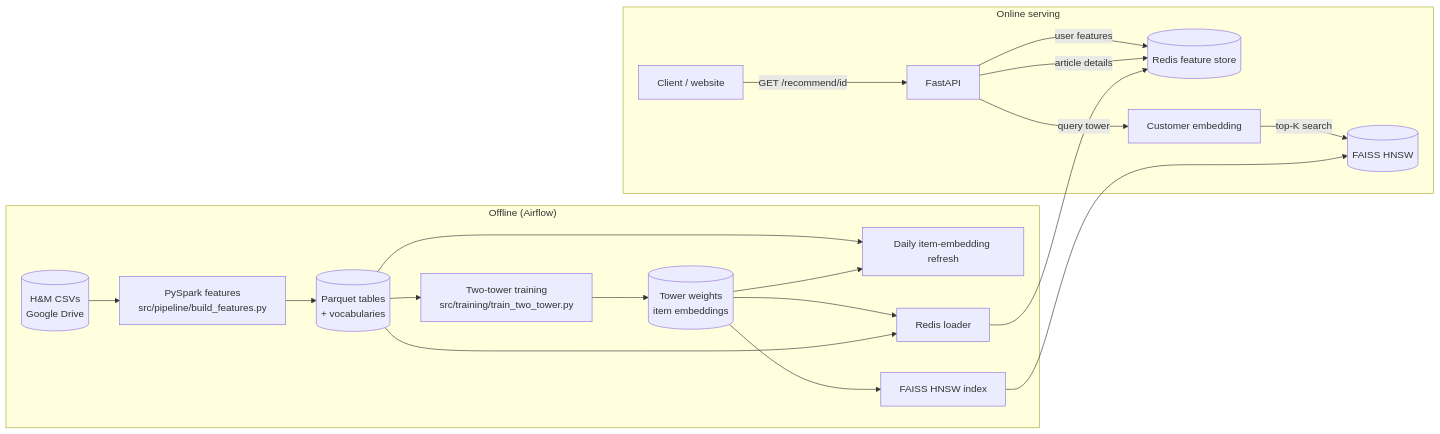
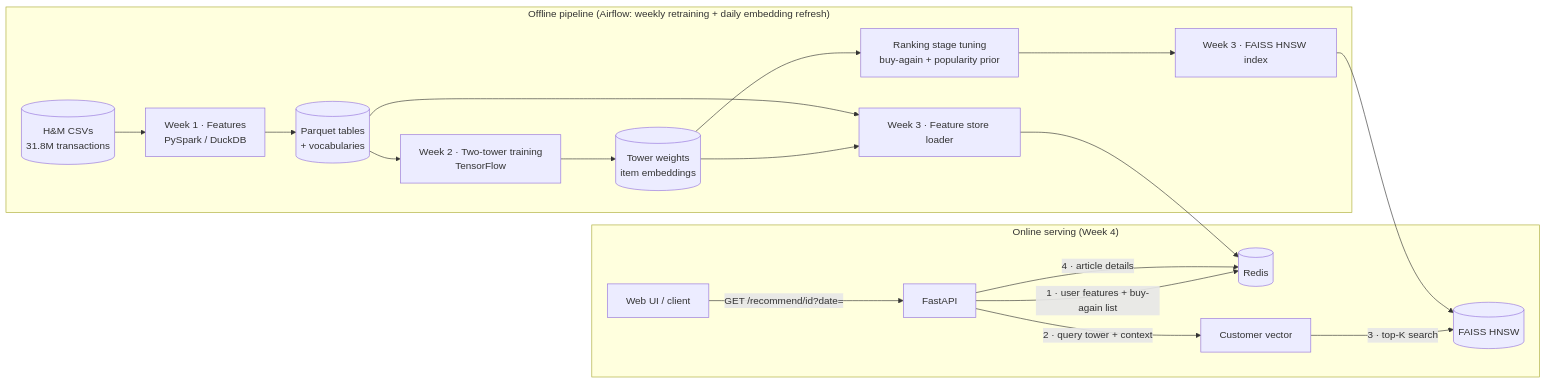
The diagram in README.md (afnakurikkal/hm-recommendation-engine), drawn with Mermaid before and after one commit. The commit also changed other lines of this file and 29 other files, not shown here.

````diff
--- a/README.md
+++ b/README.md
@@ -103,23 +71,22 @@
 ```mermaid
 flowchart LR
-    subgraph Offline["Offline (Airflow)"]
-        CSV[(H&M CSVs<br/>Google Drive)] --> SPARK[PySpark features<br/>src/pipeline/build_features.py]
+    subgraph Offline["Offline pipeline (Airflow: weekly retraining + daily embedding refresh)"]
+        CSV[(H&M CSVs<br/>31.8M transactions)] --> SPARK[Week 1 · Features<br/>PySpark / DuckDB]
         SPARK --> PQ[(Parquet tables<br/>+ vocabularies)]
-        PQ --> TRAIN[Two-tower training<br/>src/training/train_two_tower.py]
+        PQ --> TRAIN[Week 2 · Two-tower training<br/>TensorFlow]
         TRAIN --> MODEL[(Tower weights<br/>item embeddings)]
-        PQ --> REFRESH[Daily item-embedding refresh]
-        MODEL --> REFRESH
-        MODEL --> ANN[FAISS HNSW index]
-        MODEL --> LOAD[Redis loader]
+        MODEL --> RANK[Ranking stage tuning<br/>buy-again + popularity prior]
+        RANK --> ANN[Week 3 · FAISS HNSW index]
+        MODEL --> LOAD[Week 3 · Feature store loader]
         PQ --> LOAD
     end
-    subgraph Online["Online serving"]
-        CLIENT[Client / website] -->|GET /recommend/id| API[FastAPI]
-        API -->|user features| REDIS[(Redis feature store)]
-        API -->|query tower| QT[Customer embedding]
-        QT -->|top-K search| IDX[(FAISS HNSW)]
-        API -->|article details| REDIS
+    subgraph Online["Online serving (Week 4)"]
+        UI[Web UI / client] -->|GET /recommend/id?date=| API[FastAPI]
+        API -->|1 · user features + buy-again list| REDIS[(Redis)]
+        API -->|2 · query tower + context| QT[Customer vector]
+        QT -->|3 · top-K search| IDX[(FAISS HNSW)]
+        API -->|4 · article details| REDIS
     end
     LOAD --> REDIS
     ANN --> IDX
 ```
````
